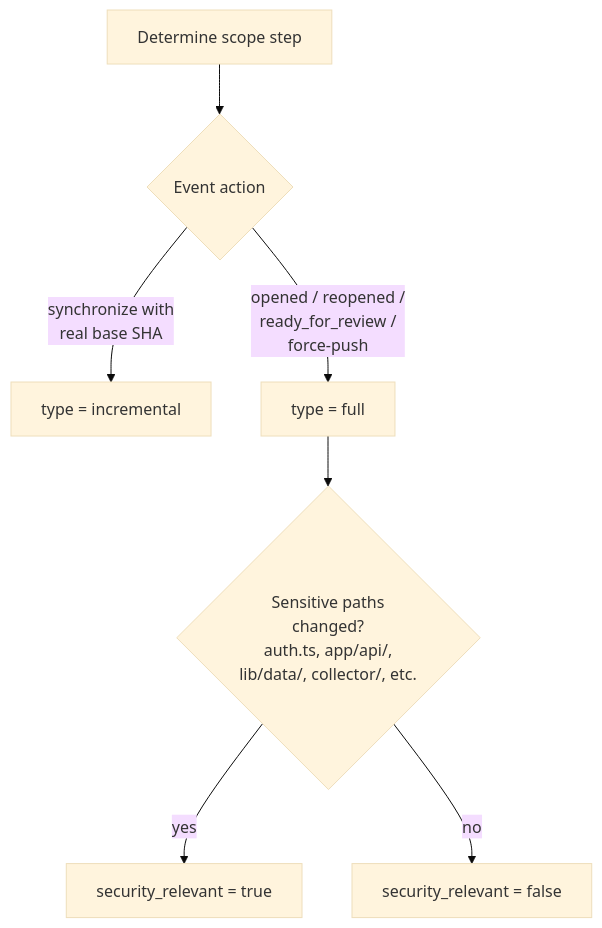
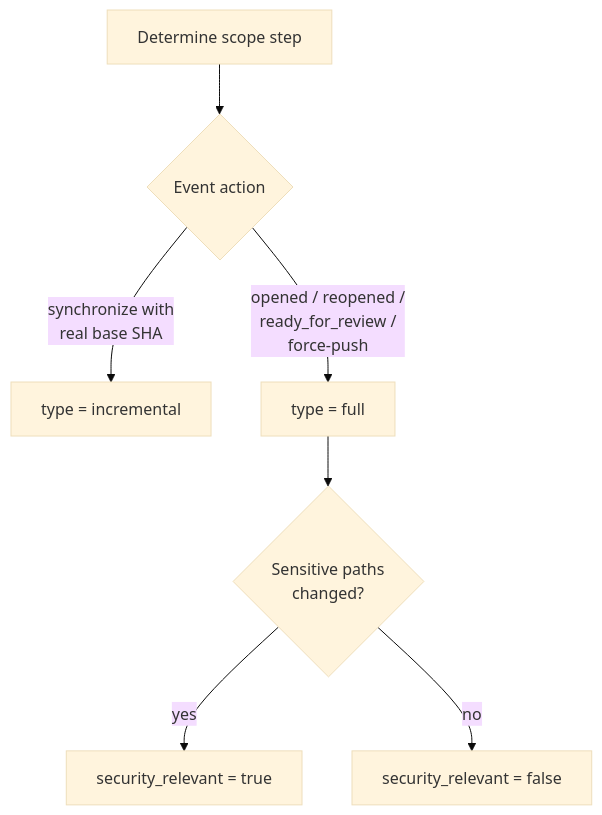
Before and after one commit to fibaneza/llm-usage-lens: the third of 5 diagrams in .github/README.md, drawn with Mermaid (base theme). The commit also changed other lines of this file and 2 other files, not shown here.

````diff
--- a/.github/README.md
+++ b/.github/README.md
@@ -166,9 +150,9 @@
 ```mermaid
 flowchart TD
     D[Determine scope step] --> E{Event action}
     E -->|synchronize with<br/>real base SHA| F[type = incremental]
     E -->|opened / reopened /<br/>ready_for_review /<br/>force-push| G[type = full]
-    G --> H{Sensitive paths<br/>changed?<br/>auth.ts, app/api/,<br/>lib/data/, collector/, etc.}
+    G --> H{Sensitive paths<br/>changed?}
     H -->|yes| I[security_relevant = true]
     H -->|no| J[security_relevant = false]
 ```
````
